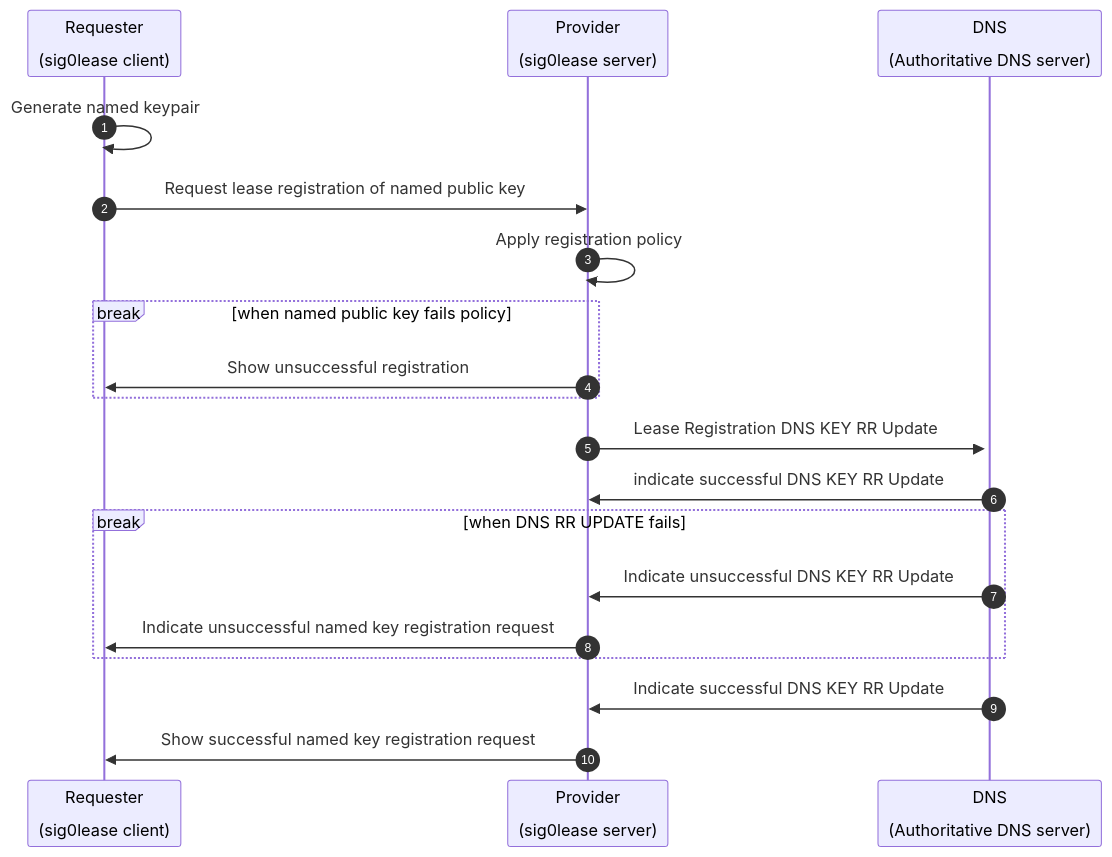
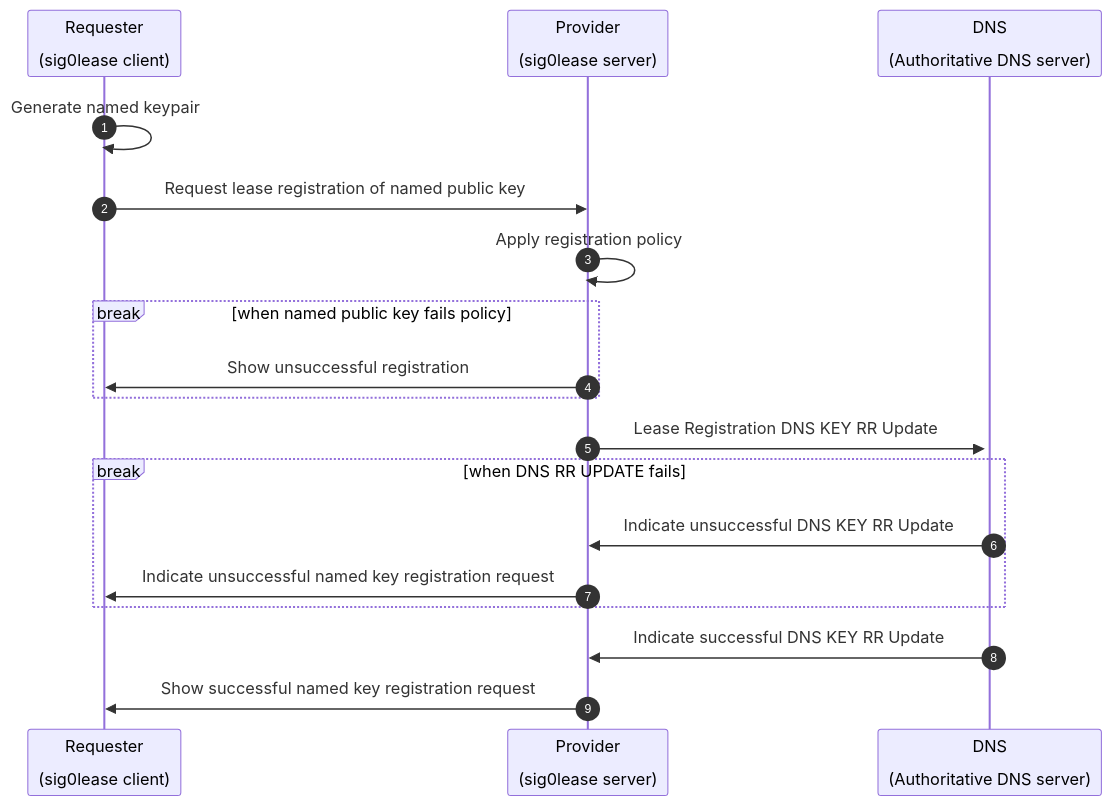
The first of 2 diagrams in README.md (NetworkCommons/sig0lease), drawn with Mermaid before and after one commit.

Commit message:
removes extra indication

````diff
--- a/README.md
+++ b/README.md
@@ -69,22 +69,21 @@
 ```mermaid
 sequenceDiagram
 autonumber
   participant R as Requester<br><br>(sig0lease client)
   participant P as Provider<br><br>(sig0lease server)
   participant D as DNS<br><br>(Authoritative DNS server)
 
   R->>R: Generate named keypair
   R->>P: Request lease registration of named public key
   P->>P: Apply registration policy
   break when named public key fails policy
     P->>R: Show unsuccessful registration
   end
   P->>+D: Lease Registration DNS KEY RR Update
-  D->>P: indicate successful DNS KEY RR Update
   break when DNS RR UPDATE fails
     D->>P: Indicate unsuccessful DNS KEY RR Update
     P->>R: Indicate unsuccessful named key registration request
   end
   D->>P: Indicate successful DNS KEY RR Update
   P->>R: Show successful named key registration request
 ```
````
